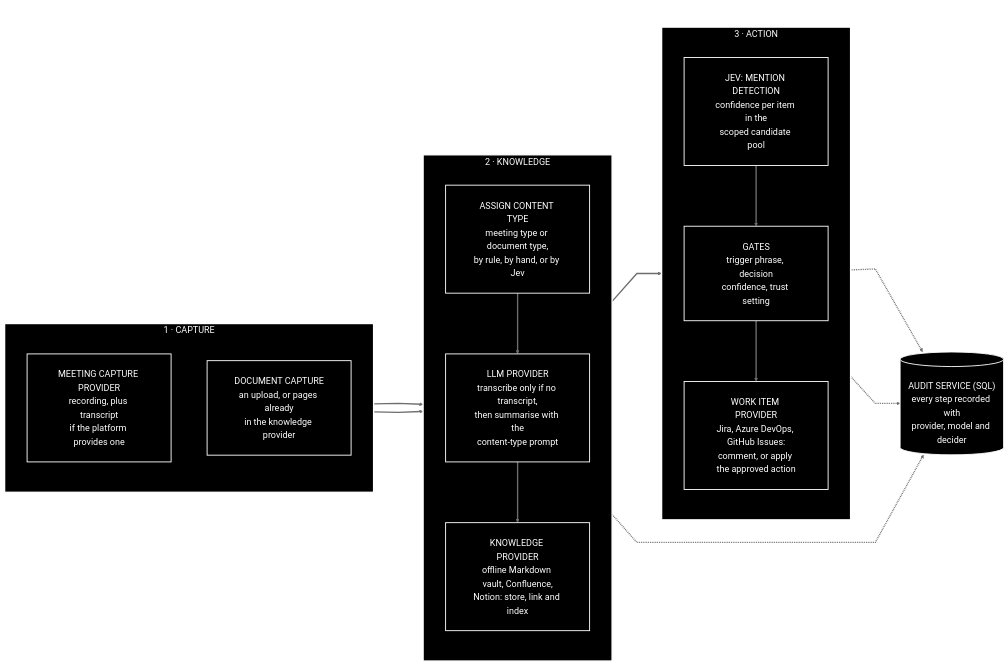
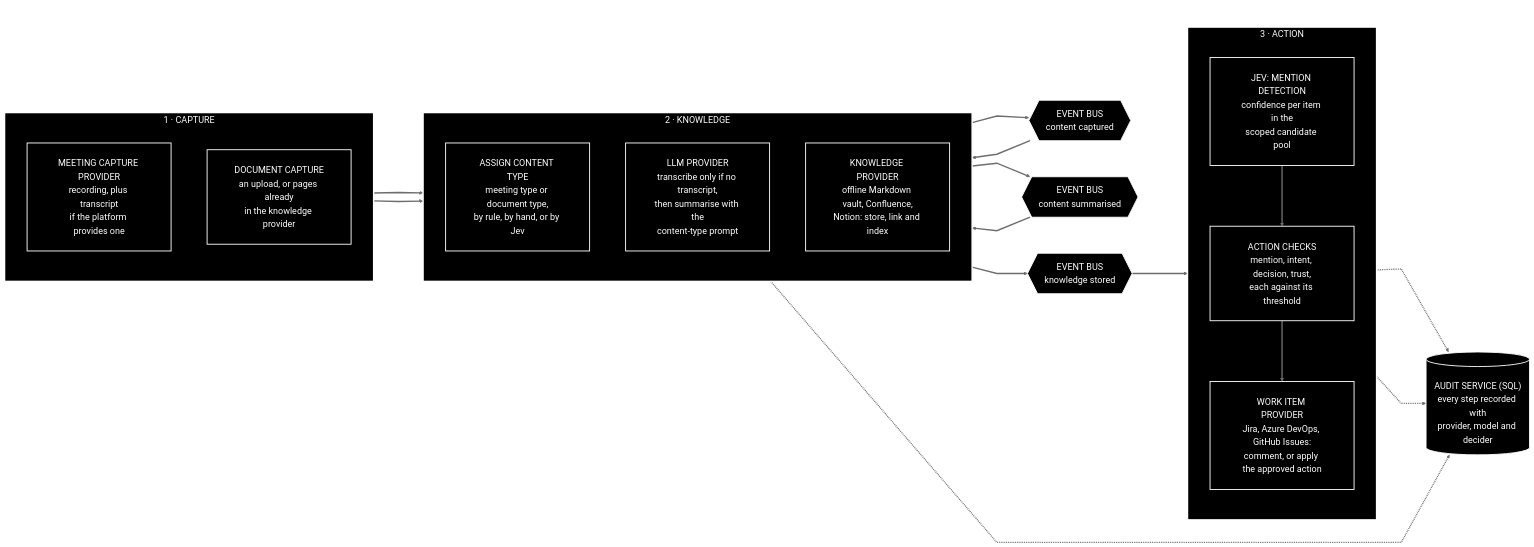
One commit to JamesTwisleton/capture-knowledge-action changed the diagram in prd/07-core-concepts-and-domain-model.md. Above: the diagram before and after it, drawn with Mermaid. The commit also changed other lines of this file and 17 other files, not shown here.

````diff
--- a/prd/07-core-concepts-and-domain-model.md
+++ b/prd/07-core-concepts-and-domain-model.md
@@ -9,36 +20,39 @@
 ```mermaid
 ---
 title: The three stages, and how content flows through them
 ---
 %%{init: {"theme":"base","themeVariables":{"background":"#000000","fontSize":"20px","primaryColor":"#000000","primaryTextColor":"#ffffff","primaryBorderColor":"#ffffff","secondaryColor":"#000000","secondaryTextColor":"#ffffff","secondaryBorderColor":"#ffffff","tertiaryColor":"#000000","tertiaryTextColor":"#ffffff","tertiaryBorderColor":"#ffffff","lineColor":"#6e6e6e","textColor":"#ffffff","mainBkg":"#000000","nodeBorder":"#ffffff","nodeTextColor":"#ffffff","clusterBkg":"#000000","clusterBorder":"#ffffff","titleColor":"#6e6e6e","edgeLabelBackground":"#000000"},"flowchart":{"nodeSpacing":80,"rankSpacing":110,"padding":30,"curve":"linear"},"themeCSS":"svg{background:#000000 !important;}"}}%%
 flowchart LR
   subgraph CAP["1 · CAPTURE"]
     direction TB
     MC["MEETING CAPTURE PROVIDER<br/>recording, plus transcript<br/>if the platform provides one"]
     DU["DOCUMENT CAPTURE<br/>an upload, or pages already<br/>in the knowledge provider"]
   end
   subgraph KNO["2 · KNOWLEDGE"]
     direction TB
     TYPE["ASSIGN CONTENT TYPE<br/>meeting type or document type,<br/>by rule, by hand, or by Jev"]
     LLM["LLM PROVIDER<br/>transcribe only if no transcript,<br/>then summarise with the<br/>content-type prompt"]
     KP["KNOWLEDGE PROVIDER<br/>offline Markdown vault, Confluence,<br/>Notion: store, link and index"]
   end
   subgraph ACT["3 · ACTION"]
     direction TB
     DET["JEV: MENTION DETECTION<br/>confidence per item in the<br/>scoped candidate pool"]
-    GATE["GATES<br/>trigger phrase, decision<br/>confidence, trust setting"]
+    GATE["ACTION CHECKS<br/>mention, intent, decision, trust,<br/>each against its threshold"]
     WI["WORK ITEM PROVIDER<br/>Jira, Azure DevOps, GitHub Issues:<br/>comment, or apply the approved action"]
   end
+  B1{{"EVENT BUS<br/>content captured"}}
+  B2{{"EVENT BUS<br/>content summarised"}}
+  B3{{"EVENT BUS<br/>knowledge stored"}}
   MC ==> TYPE
   DU ==> TYPE
-  TYPE ==> LLM ==> KP ==> DET ==> GATE ==> WI
+  TYPE ==> B1 ==> LLM ==> B2 ==> KP ==> B3 ==> DET ==> GATE ==> WI
   AUD[("AUDIT SERVICE (SQL)<br/>every step recorded with<br/>provider, model and decider")]
   KP -.-> AUD
   GATE -.-> AUD
   WI -.-> AUD
   classDef default fill:#000000,stroke:#ffffff,stroke-width:2px,color:#ffffff
   style CAP fill:#000000,stroke:#ffffff,stroke-width:3px,color:#ffffff
   style KNO fill:#000000,stroke:#ffffff,stroke-width:3px,color:#ffffff
   style ACT fill:#000000,stroke:#ffffff,stroke-width:3px,color:#ffffff
   linkStyle default stroke:#6e6e6e,stroke-width:3px
 ```
````
